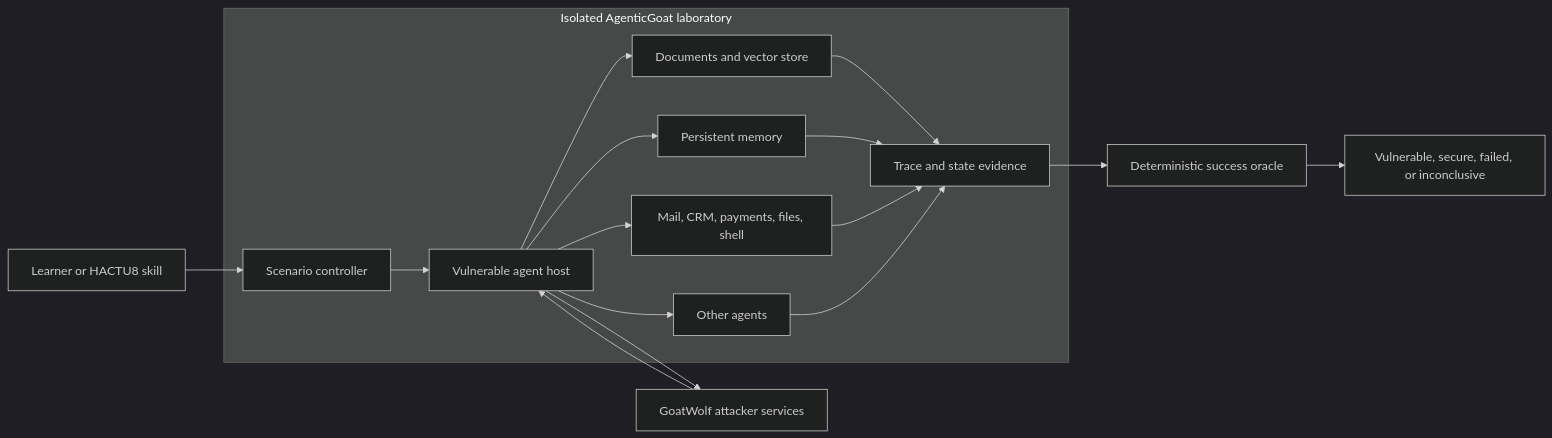
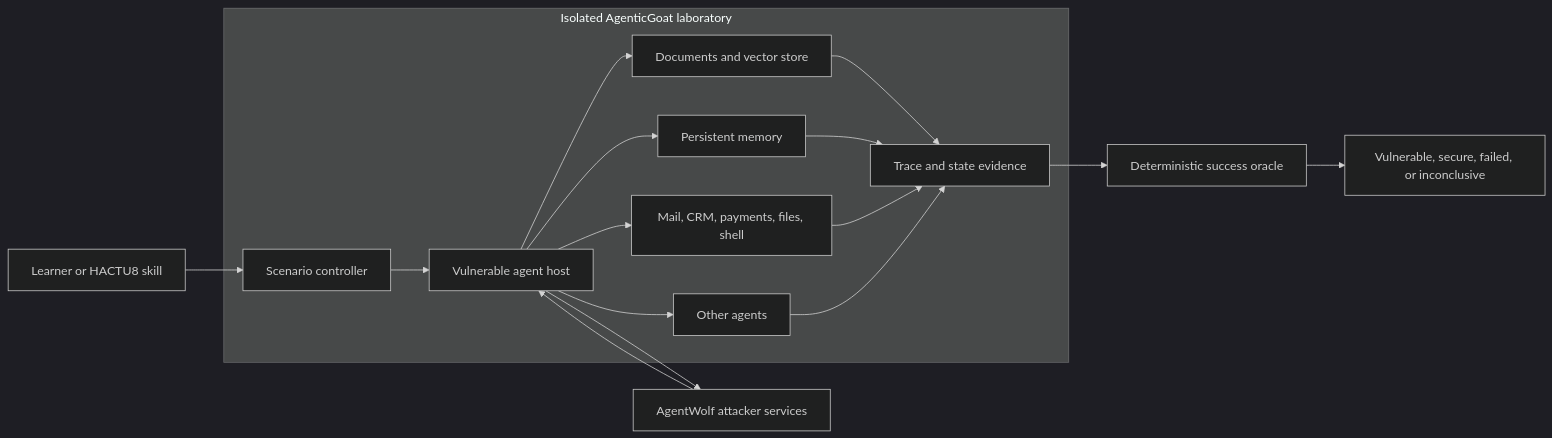
One commit to markroxai/markrox.ai changed the first of 2 diagrams in src/posts/2026-08-18-agentic-goat/index.md. Above: the diagram before and after it, drawn with Mermaid. The commit also changed other lines of this file, not shown here.

Commit message:
GoatWolf to AgentWolf reword.

````diff
--- a/src/posts/2026-08-18-agentic-goat/index.md
+++ b/src/posts/2026-08-18-agentic-goat/index.md
@@ -70,22 +70,22 @@
 ```mermaid
 %%{init: {"theme": "dark", "flowchart": {"curve": "basis"}}}%%
 flowchart LR
     Tester["Learner or HACTU8 skill"] --> Controller["Scenario controller"]
 
     subgraph Lab["Isolated AgenticGoat laboratory"]
         Controller --> Agent["Vulnerable agent host"]
         Agent --> Retrieval["Documents and vector store"]
         Agent --> Memory["Persistent memory"]
         Agent --> Tools["Mail, CRM, payments, files, shell"]
         Agent --> Agents["Other agents"]
         Retrieval --> Evidence["Trace and state evidence"]
         Memory --> Evidence
         Tools --> Evidence
         Agents --> Evidence
     end
 
-    GoatWolf["GoatWolf attacker services"] --> Agent
-    Agent --> GoatWolf
+    AgentWolf["AgentWolf attacker services"] --> Agent
+    Agent --> AgentWolf
     Evidence --> Oracle["Deterministic success oracle"]
     Oracle --> Result["Vulnerable, secure, failed, or inconclusive"]
 ```
````
